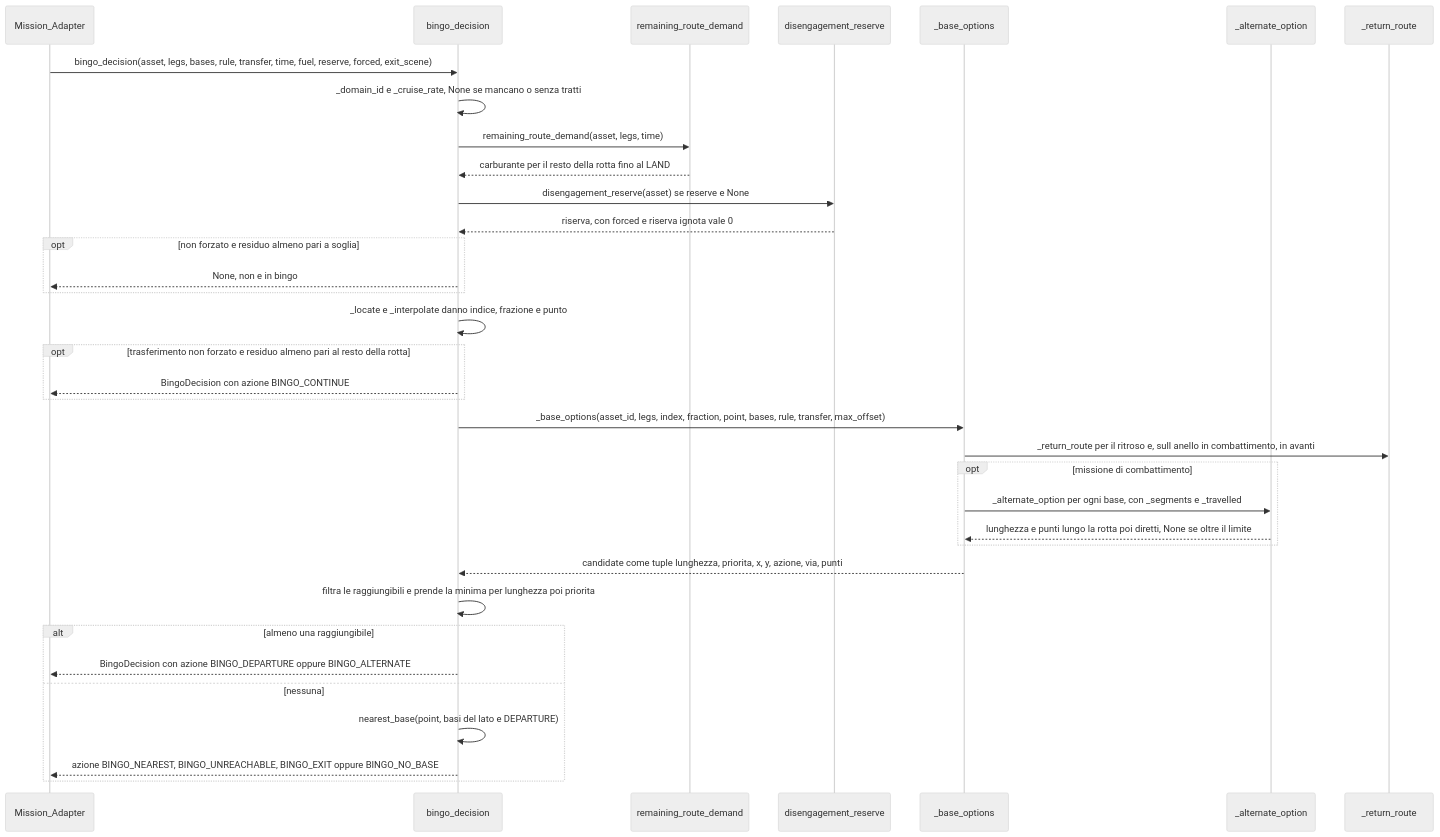
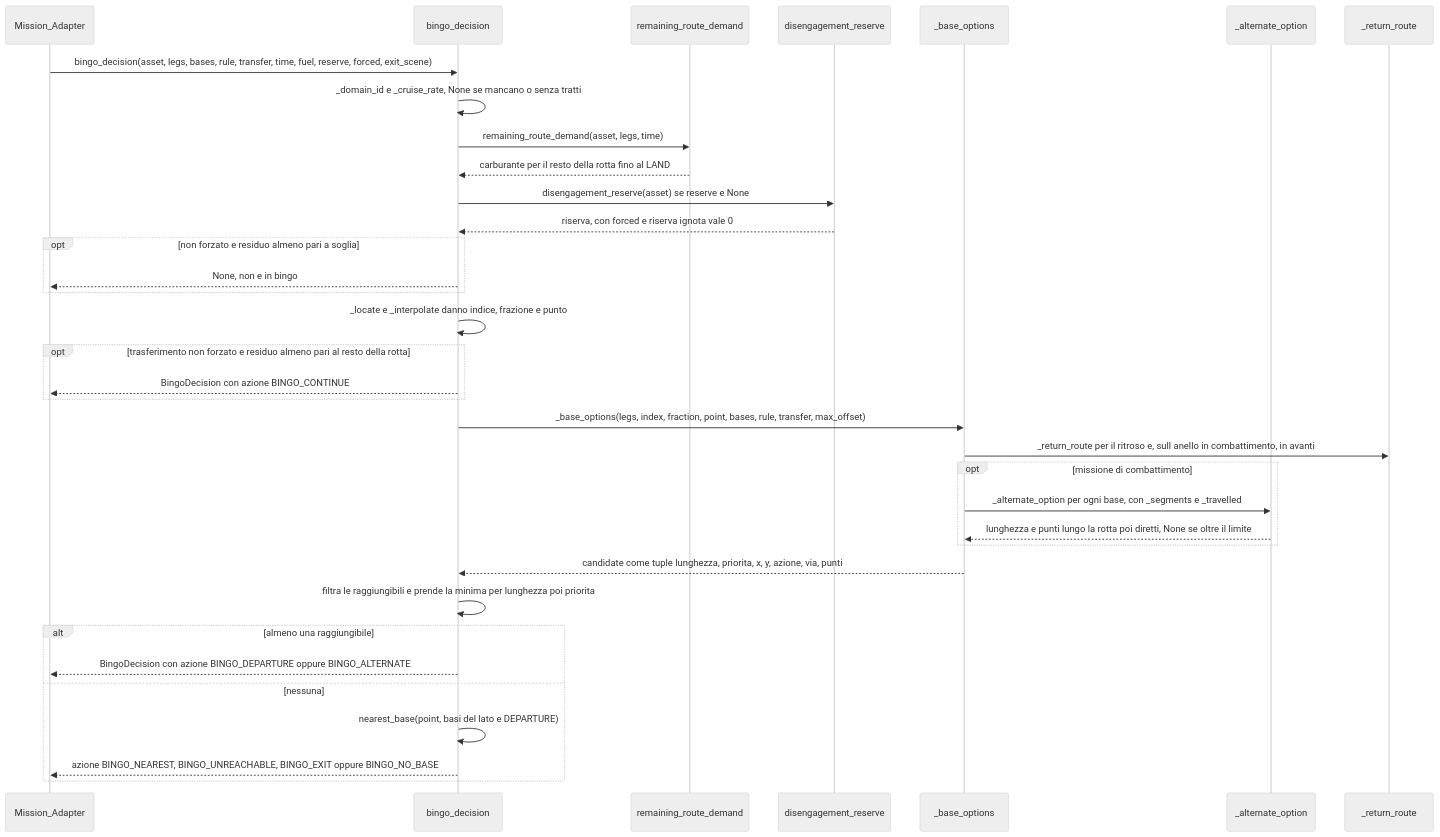
One commit to MakusIV/Warfare-Model changed diagram 15 of 20 in Analysis/Document/Manuale_Motore_DES/11b_Atlante_Missione_Carburante.md. Above: the diagram before and after it, drawn with Mermaid (neutral theme). The commit also changed other lines of this file and 8 other files, not shown here.

````diff
--- a/Analysis/Document/Manuale_Motore_DES/11b_Atlante_Missione_Carburante.md
+++ b/Analysis/Document/Manuale_Motore_DES/11b_Atlante_Missione_Carburante.md
@@ -1057,37 +1056,37 @@
 ```mermaid
 sequenceDiagram
     participant MA as Mission_Adapter
     participant BD as bingo_decision
     participant RD as remaining_route_demand
     participant RS as disengagement_reserve
     participant BO as _base_options
     participant AO as _alternate_option
     participant RR as _return_route
     MA->>BD: bingo_decision(asset, legs, bases, rule, transfer, time, fuel, reserve, forced, exit_scene)
     BD->>BD: _domain_id e _cruise_rate, None se mancano o senza tratti
     BD->>RD: remaining_route_demand(asset, legs, time)
     RD-->>BD: carburante per il resto della rotta fino al LAND
     BD->>RS: disengagement_reserve(asset) se reserve e None
     RS-->>BD: riserva, con forced e riserva ignota vale 0
     opt non forzato e residuo almeno pari a soglia
         BD-->>MA: None, non e in bingo
     end
     BD->>BD: _locate e _interpolate danno indice, frazione e punto
     opt trasferimento non forzato e residuo almeno pari al resto della rotta
         BD-->>MA: BingoDecision con azione BINGO_CONTINUE
     end
-    BD->>BO: _base_options(asset_id, legs, index, fraction, point, bases, rule, transfer, max_offset)
+    BD->>BO: _base_options(legs, index, fraction, point, bases, rule, transfer, max_offset)
     BO->>RR: _return_route per il ritroso e, sull anello in combattimento, in avanti
     opt missione di combattimento
         BO->>AO: _alternate_option per ogni base, con _segments e _travelled
         AO-->>BO: lunghezza e punti lungo la rotta poi diretti, None se oltre il limite
     end
     BO-->>BD: candidate come tuple lunghezza, priorita, x, y, azione, via, punti
     BD->>BD: filtra le raggiungibili e prende la minima per lunghezza poi priorita
     alt almeno una raggiungibile
         BD-->>MA: BingoDecision con azione BINGO_DEPARTURE oppure BINGO_ALTERNATE
     else nessuna
         BD->>BD: nearest_base(point, basi del lato e DEPARTURE)
         BD-->>MA: azione BINGO_NEAREST, BINGO_UNREACHABLE, BINGO_EXIT oppure BINGO_NO_BASE
     end
 ```
````
